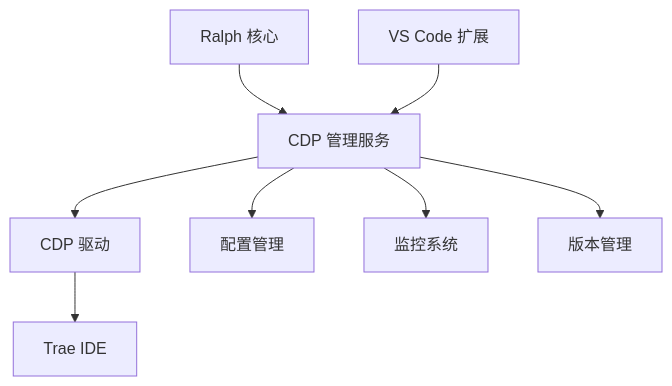
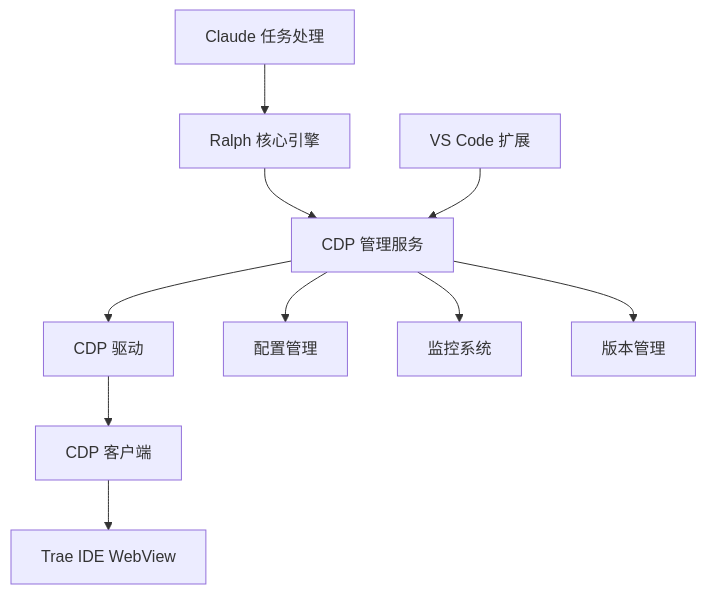
The second of 3 diagrams in docs/planning/cdp-debugging-trae-ide-plan.md (jimiechen/storytree), drawn with Mermaid before and after one commit. The commit also changed other lines of this file, not shown here.

````diff
--- a/docs/planning/cdp-debugging-trae-ide-plan.md
+++ b/docs/planning/cdp-debugging-trae-ide-plan.md
@@ -270,10 +270,11 @@
 ```mermaid
 flowchart TD
-    A[Ralph 核心] --> B[CDP 管理服务]
-    B --> C[CDP 驱动]
-    C --> D[Trae IDE]
-    B --> E[配置管理]
-    B --> F[监控系统]
-    B --> G[版本管理]
-    H[VS Code 扩展] --> B
+    A[Ralph 核心引擎] --> B[CDP 管理服务]
+    B --> C[CDP 驱动] --> D[CDP 客户端]
+    D --> E[Trae IDE WebView]
+    B --> F[配置管理]
+    B --> G[监控系统]
+    B --> H[版本管理]
+    I[VS Code 扩展] --> B
+    J[Claude 任务处理] --> A
 ```
````
